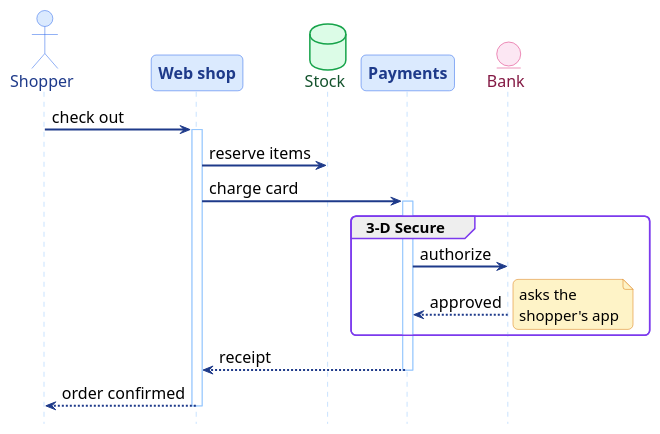
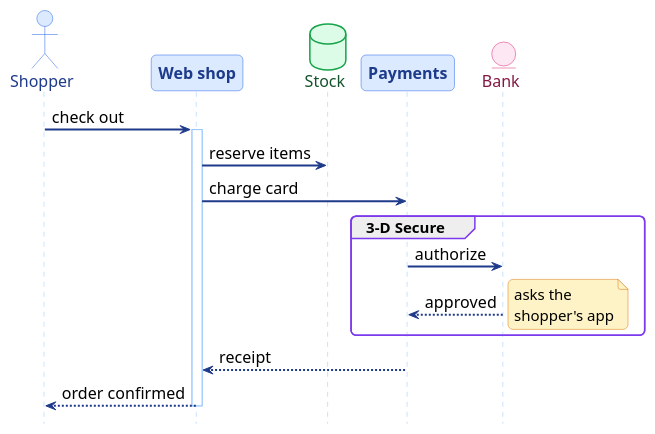
The diagram in docs/images/showcase/checkout.puml (demaconsulting/CanvasNet), drawn with PlantUML before and after one commit. The commit also changed other lines of this file and 16 other files, not shown here.

First line of the commit message:
Polish the PlantUML README images after visual review

```diff
--- a/docs/images/showcase/checkout.puml
+++ b/docs/images/showcase/checkout.puml
@@ -3,45 +3,45 @@
 @startuml
 skinparam defaultFontName sans-serif
 skinparam shadowing false
 skinparam defaultFontSize 16
 skinparam arrowFontSize 16
 skinparam noteFontSize 15
 skinparam sequenceGroupHeaderFontSize 15
 skinparam roundCorner 10
 skinparam sequenceArrowThickness 2
 skinparam arrowColor #1E3A8A
 skinparam sequenceLifeLineBorderColor #93C5FD
 skinparam participantBackgroundColor #DBEAFE
 skinparam participantBorderColor #2563EB
 skinparam participantFontColor #1E3A8A
 skinparam participantFontStyle bold
 skinparam actorBackgroundColor #DBEAFE
 skinparam actorBorderColor #2563EB
 skinparam actorFontColor #1E3A8A
 skinparam databaseBackgroundColor #DCFCE7
 skinparam databaseBorderColor #16A34A
 skinparam databaseFontColor #14532D
 skinparam noteBackgroundColor #FEF3C7
 skinparam noteBorderColor #D97706
 skinparam sequenceGroupBorderColor #7C3AED
 skinparam sequenceGroupHeaderBackgroundColor #EDE9FE
 skinparam entityBackgroundColor #FCE7F3
 skinparam entityBorderColor #DB2777
 skinparam entityFontColor #831843
 hide footbox
 actor Shopper
 participant "Web shop" as Shop
 database Stock
 participant Payments
 entity Bank
 Shopper -> Shop ++ : check out
 Shop -> Stock : reserve items
-Shop -> Payments ++ : charge card
+Shop -> Payments : charge card
 group 3-D Secure
   Payments -> Bank : authorize
   Bank --> Payments : approved
   note right : asks the\nshopper's app
 end
-Payments --> Shop -- : receipt
+Payments --> Shop : receipt
 Shop --> Shopper -- : order confirmed
 @enduml
```
